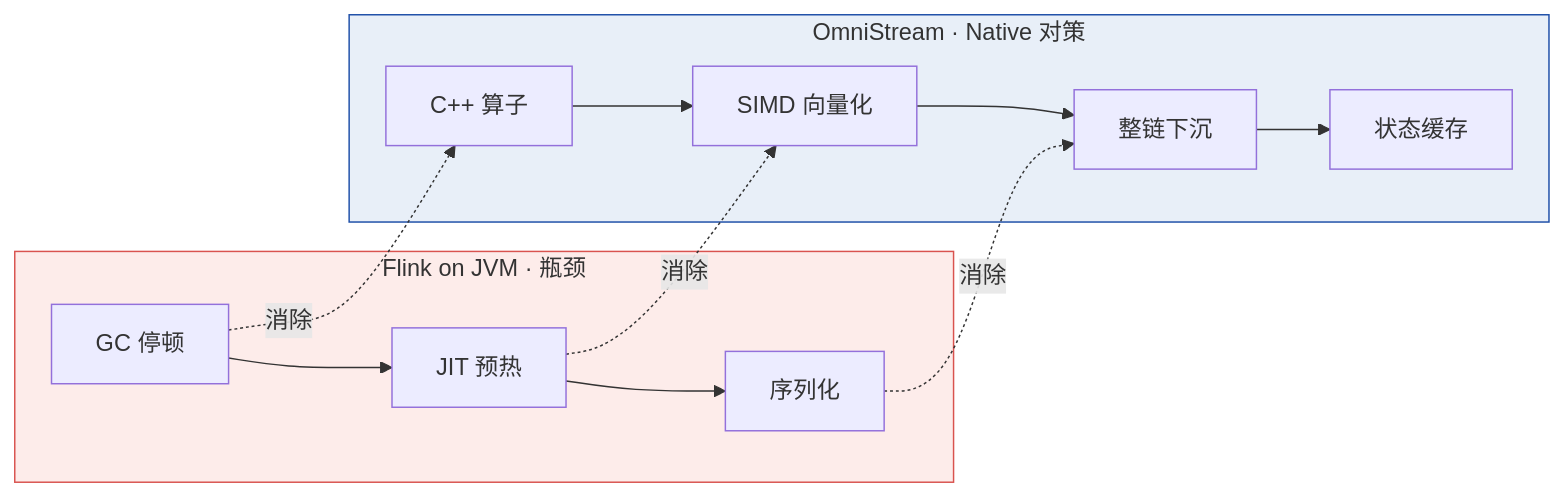
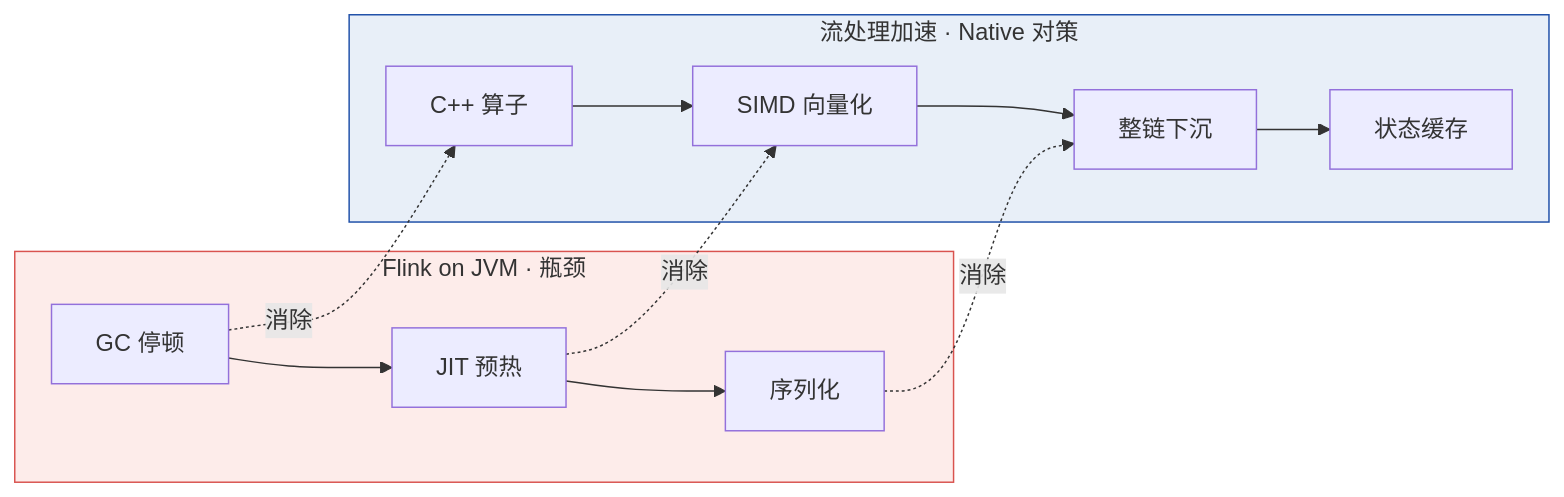
The first of 13 diagrams in manuscript.md (int2t05/internship), drawn with Mermaid before and after one commit. The commit also changed other lines of this file and 7 other files, not shown here.

````diff
--- a/manuscript.md
+++ b/manuscript.md
@@ -121,16 +121,16 @@
 ```mermaid
 flowchart LR
     subgraph Flink["Flink on JVM · 瓶颈"]
         A1["GC 停顿"] --> A2["JIT 预热"] --> A3["序列化"]
     end
-    subgraph Omni["OmniStream · Native 对策"]
+    subgraph Native["流处理加速 · Native 对策"]
         B1["C++ 算子"] --> B2["SIMD 向量化"] --> B3["整链下沉"] --> B4["状态缓存"]
     end
     A1 -.消除.-> B1
     A2 -.消除.-> B2
     A3 -.消除.-> B3
     classDef jvm fill:#FDECEA,stroke:#D9534F
-    classDef omni fill:#E8EFF8,stroke:#1E4FA8
+    classDef native fill:#E8EFF8,stroke:#1E4FA8
     class Flink jvm
-    class Omni omni
+    class Native native
 ```
````
